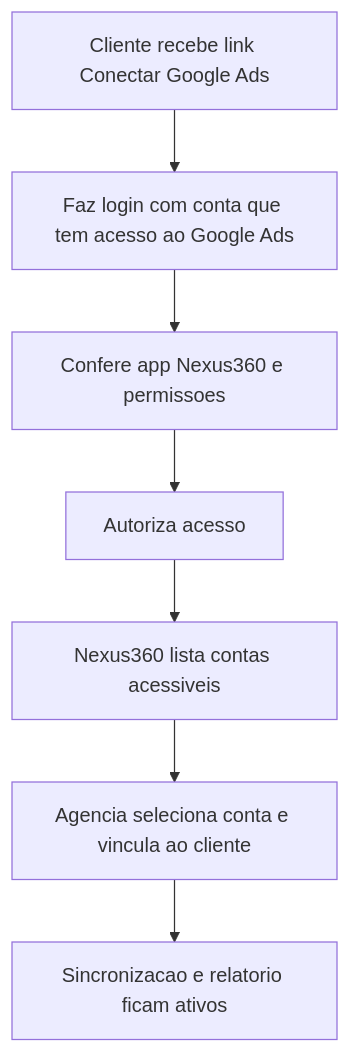
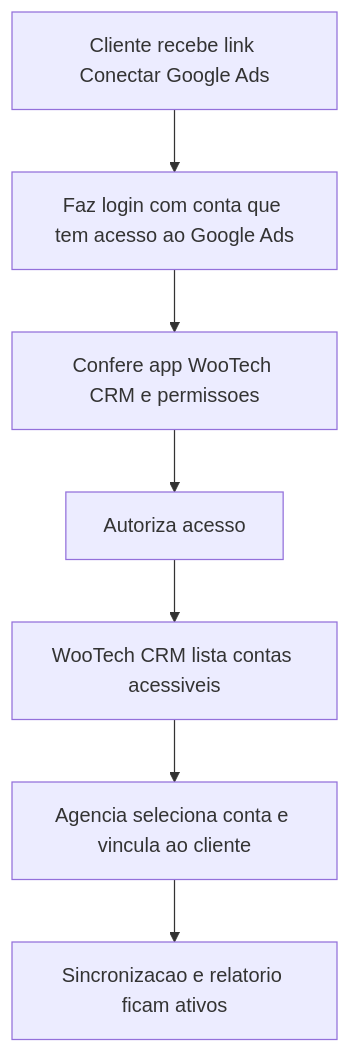
The third of 4 diagrams in docs/ADS_GOOGLE_META_INTEGRATION_GUIDE.md (fluowai/wootechcrm1), drawn with Mermaid before and after one commit. The commit also changed other lines of this file and 90 other files, not shown here.

Commit message:
Rebrand Nexus CRM to WooTech CRM and update domain

````diff
--- a/docs/ADS_GOOGLE_META_INTEGRATION_GUIDE.md
+++ b/docs/ADS_GOOGLE_META_INTEGRATION_GUIDE.md
@@ -208,9 +208,9 @@
 ```mermaid
 flowchart TD
   A["Cliente recebe link Conectar Google Ads"] --> B["Faz login com conta que tem acesso ao Google Ads"]
-  B --> C["Confere app Nexus360 e permissoes"]
+  B --> C["Confere app WooTech CRM e permissoes"]
   C --> D["Autoriza acesso"]
-  D --> E["Nexus360 lista contas acessiveis"]
+  D --> E["WooTech CRM lista contas acessiveis"]
   E --> F["Agencia seleciona conta e vincula ao cliente"]
   F --> G["Sincronizacao e relatorio ficam ativos"]
 ```
````
